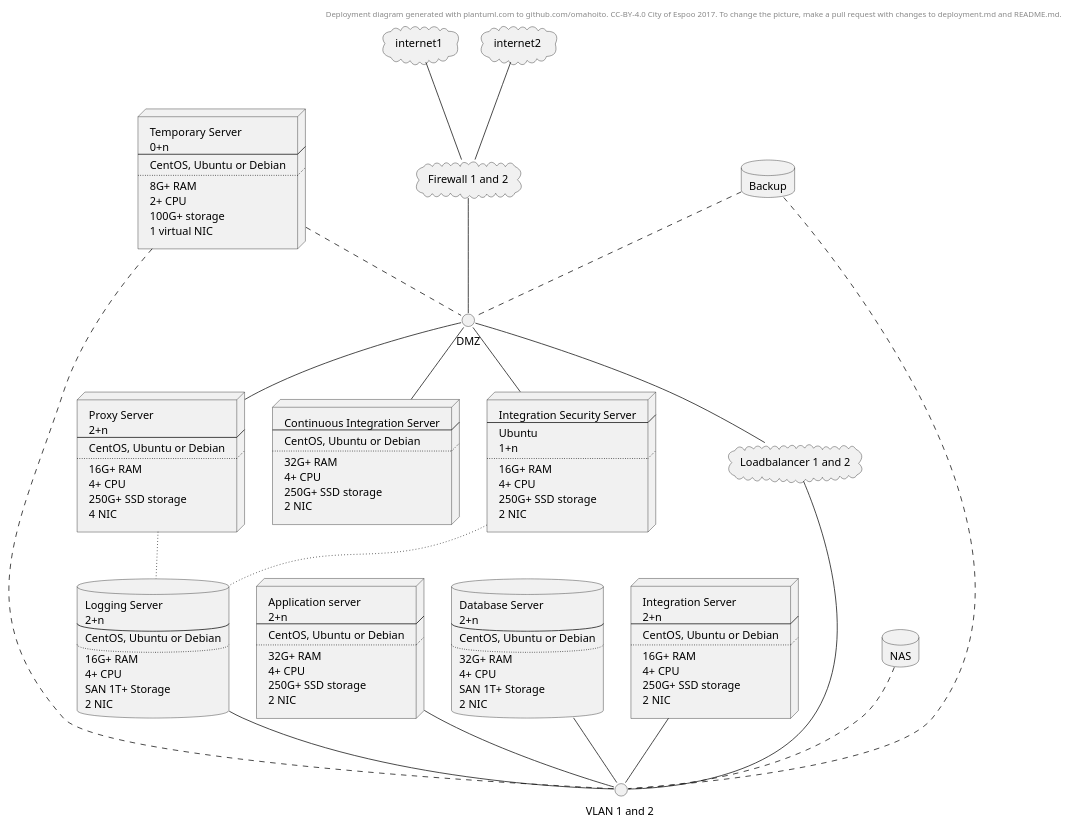
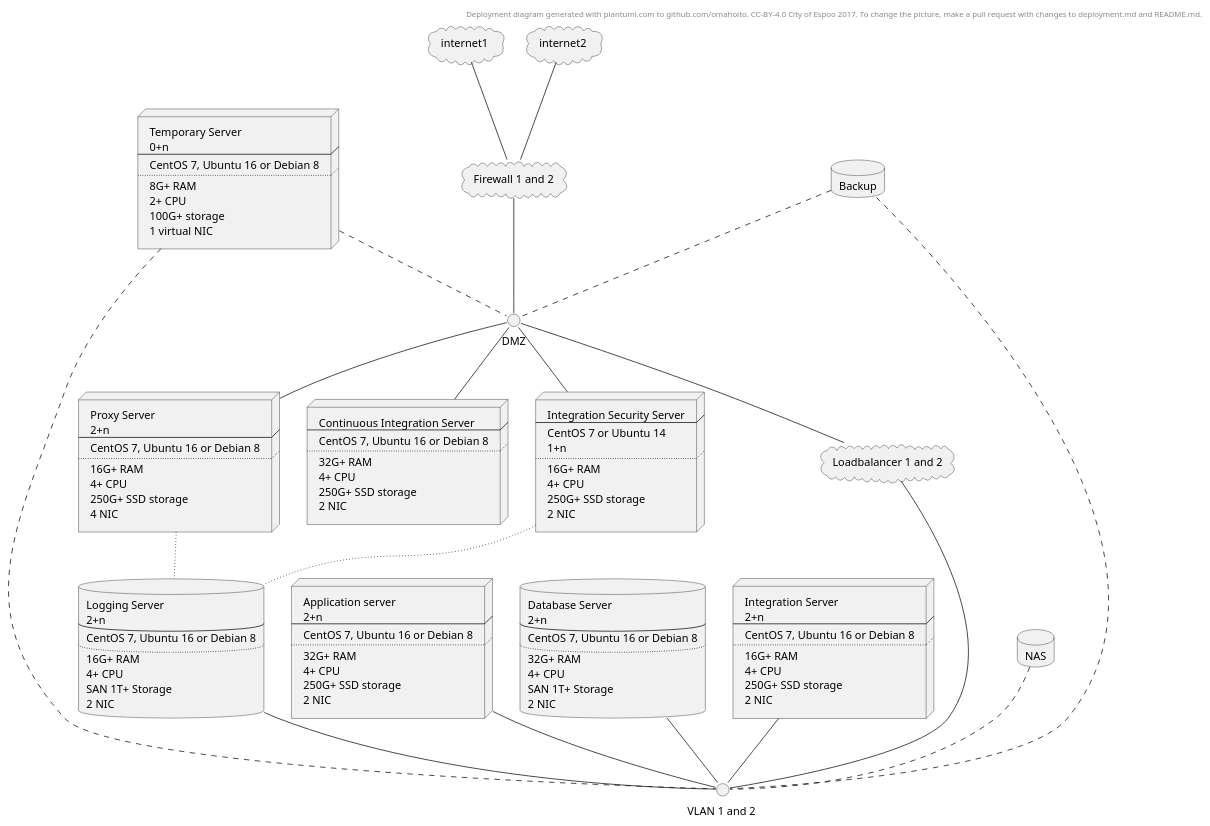
The diagram in deployment.md (ruoat/definitions), drawn with PlantUML before and after one commit.

```diff
--- a/deployment.md
+++ b/deployment.md
@@ -19,7 +19,7 @@
 Application server 
 2+n
 ----
-CentOS, Ubuntu or Debian
+CentOS 7, Ubuntu 16 or Debian 8
 ....
 32G+ RAM
 4+ CPU
@@ -30,7 +30,7 @@
 Database Server 
 2+n
 ----
-CentOS, Ubuntu or Debian
+CentOS 7, Ubuntu 16 or Debian 8
 ....
 32G+ RAM
 4+ CPU
@@ -41,7 +41,7 @@
 Logging Server 
 2+n
 ----
-CentOS, Ubuntu or Debian
+CentOS 7, Ubuntu 16 or Debian 8
 ....
 16G+ RAM
 4+ CPU
@@ -51,7 +51,7 @@
 node nodeintegration1 [
 Integration Security Server
 ----
-Ubuntu
+CentOS 7 or Ubuntu 14
 1+n
 ....
 16G+ RAM
@@ -63,7 +63,7 @@
 Integration Server
 2+n
 ----
-CentOS, Ubuntu or Debian
+CentOS 7, Ubuntu 16 or Debian 8
 ....
 16G+ RAM
 4+ CPU
@@ -74,7 +74,7 @@
 Proxy Server
 2+n
 ----
-CentOS, Ubuntu or Debian
+CentOS 7, Ubuntu 16 or Debian 8
 ....
 16G+ RAM
 4+ CPU
@@ -84,7 +84,7 @@
 node nodeci [
 Continuous Integration Server
 ----
-CentOS, Ubuntu or Debian
+CentOS 7, Ubuntu 16 or Debian 8
 ....
 32G+ RAM
 4+ CPU
@@ -95,7 +95,7 @@
 Temporary Server 
 0+n
 ----
-CentOS, Ubuntu or Debian
+CentOS 7, Ubuntu 16 or Debian 8
 ....
 8G+ RAM
 2+ CPU
```
